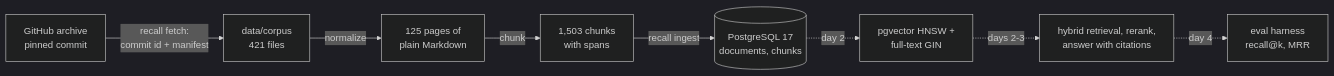
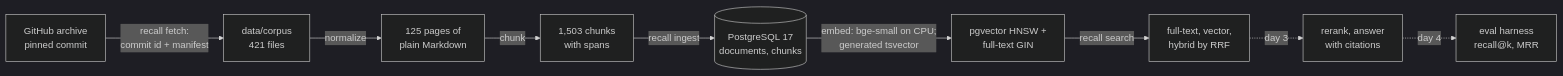
One commit to vivekdavara/recall changed the diagram in README.md. Above: the diagram before and after it, drawn with Mermaid (dark theme). The commit also changed other lines of this file, not shown here.

First line of the commit message:
README: day 2's status, layout, how to run, decisions and limits

````diff
--- a/README.md
+++ b/README.md
@@ -34,10 +34,11 @@
 ```mermaid
 flowchart LR
     A[GitHub archive<br/>pinned commit] -->|recall fetch:<br/>commit id + manifest| B[data/corpus<br/>421 files]
     B -->|normalize| C[125 pages of<br/>plain Markdown]
     C -->|chunk| D[1,503 chunks<br/>with spans]
     D -->|recall ingest| E[(PostgreSQL 17<br/>documents, chunks)]
-    E -.->|day 2| F[pgvector HNSW +<br/>full-text GIN]
-    F -.->|days 2-3| G[hybrid retrieval, rerank,<br/>answer with citations]
+    E -->|embed: bge-small on CPU;<br/>generated tsvector| F[pgvector HNSW +<br/>full-text GIN]
+    F -->|recall search| R[full-text, vector,<br/>hybrid by RRF]
+    R -.->|day 3| G[rerank, answer<br/>with citations]
     G -.->|day 4| H[eval harness<br/>recall@k, MRR]
 ```
````
